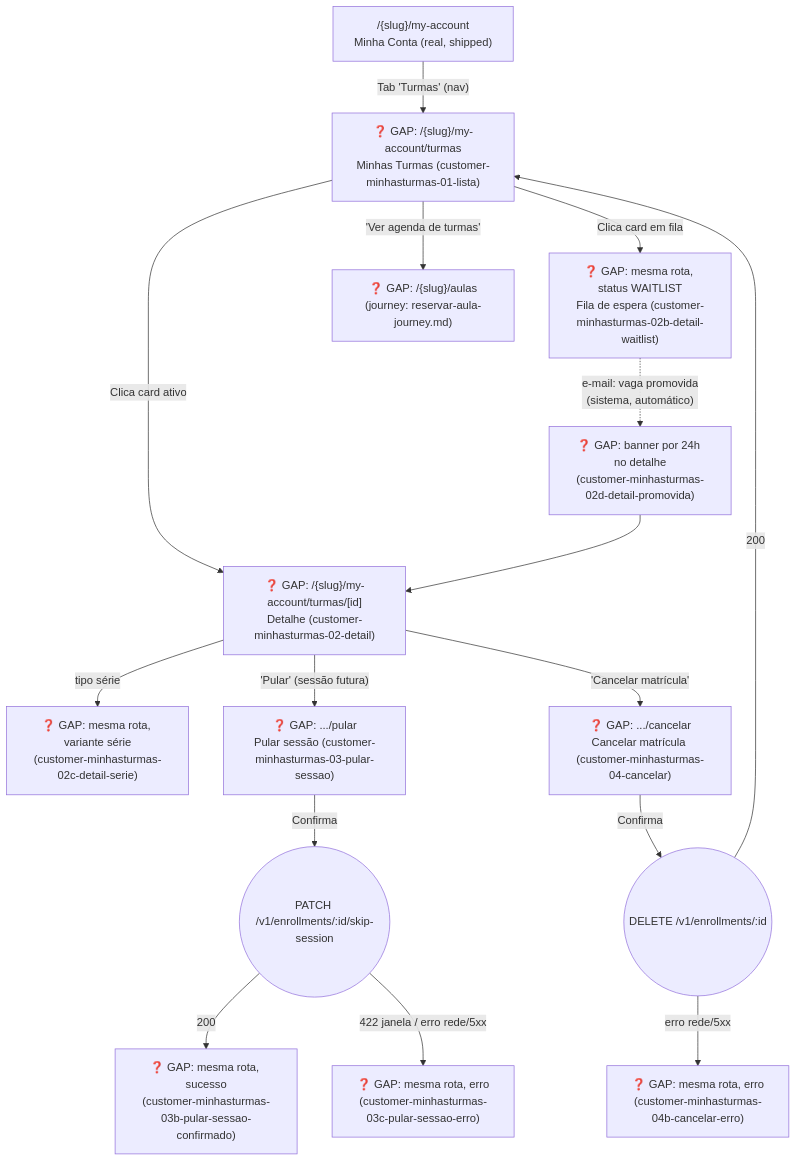
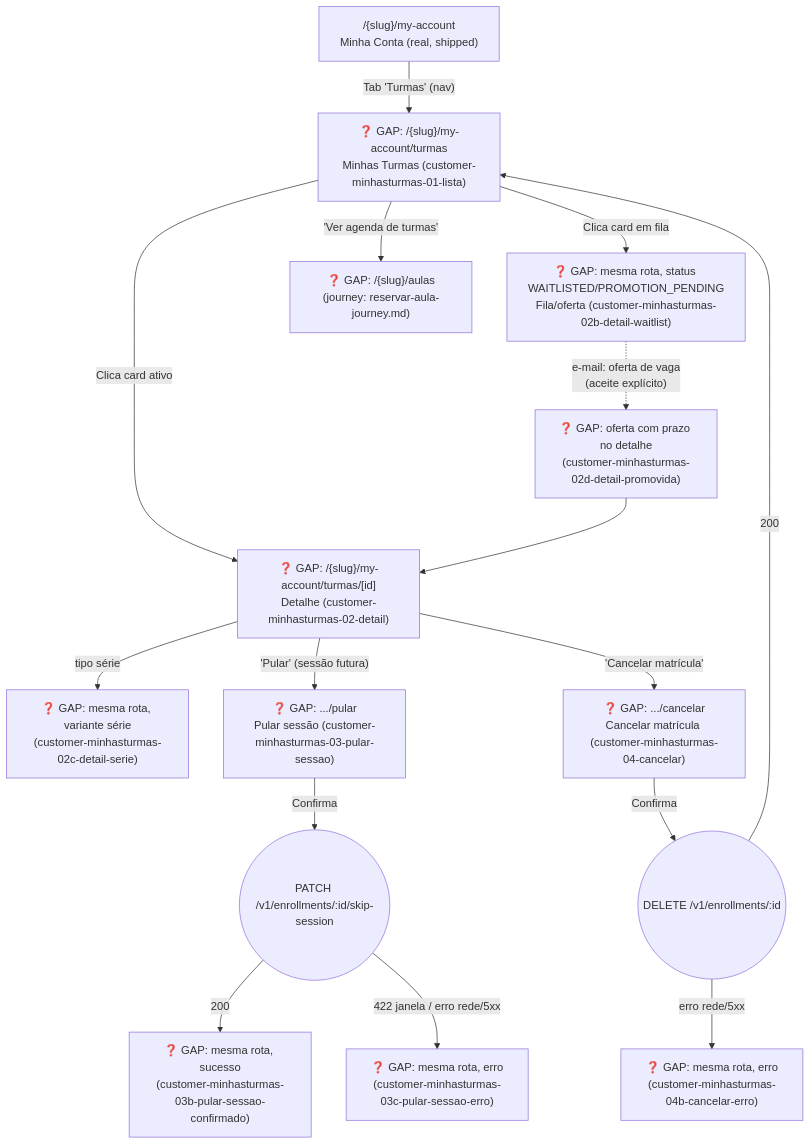
Before and after one commit to lmmoreira/ikaro: the diagram in docs/discovery/multivertical-booking/prototype/minha-conta-turmas-journey.md, drawn with Mermaid. The commit also changed other lines of this file and 18 other files, not shown here.

````diff
--- a/docs/discovery/multivertical-booking/prototype/minha-conta-turmas-journey.md
+++ b/docs/discovery/multivertical-booking/prototype/minha-conta-turmas-journey.md
@@ -11,24 +11,24 @@
 ```mermaid
 flowchart TD
     classDef gap stroke:#f00,stroke-dasharray: 5 5,fill:#fee
 
     MinhaConta["/{slug}/my-account<br/>Minha Conta (real, shipped)"] -->|"Tab 'Turmas' (nav)"| MinhasTurmas["❓ GAP: /{slug}/my-account/turmas<br/>Minhas Turmas (customer-minhasturmas-01-lista)"]
     MinhasTurmas -->|"Clica card ativo"| TurmaDetail
-    MinhasTurmas -->|"Clica card em fila"| TurmaWaitlist["❓ GAP: mesma rota, status WAITLIST<br/>Fila de espera (customer-minhasturmas-02b-detail-waitlist)"]
+    MinhasTurmas -->|"Clica card em fila"| TurmaWaitlist["❓ GAP: mesma rota, status WAITLISTED/PROMOTION_PENDING<br/>Fila/oferta (customer-minhasturmas-02b-detail-waitlist)"]
     MinhasTurmas -->|"'Ver agenda de turmas'"| Catalog["❓ GAP: /{slug}/aulas<br/>(journey: reservar-aula-journey.md)"]
 
     TurmaDetail["❓ GAP: /{slug}/my-account/turmas/[id]<br/>Detalhe (customer-minhasturmas-02-detail)"] -->|"tipo série"| TurmaSerieDetail["❓ GAP: mesma rota, variante série<br/>(customer-minhasturmas-02c-detail-serie)"]
     TurmaDetail -->|"'Pular' (sessão futura)"| PularSessao
     TurmaDetail -->|"'Cancelar matrícula'"| CancelarMatricula
 
-    TurmaWaitlist -.->|"e-mail: vaga promovida<br/>(sistema, automático)"| Promovida["❓ GAP: banner por 24h no detalhe<br/>(customer-minhasturmas-02d-detail-promovida)"]
+    TurmaWaitlist -.->|"e-mail: oferta de vaga<br/>(aceite explícito)"| Promovida["❓ GAP: oferta com prazo no detalhe<br/>(customer-minhasturmas-02d-detail-promovida)"]
     Promovida --> TurmaDetail
 
     PularSessao["❓ GAP: .../pular<br/>Pular sessão (customer-minhasturmas-03-pular-sessao)"] -->|"Confirma"| PularOk(("PATCH /v1/enrollments/:id/skip-session"))
     PularOk -->|"200"| PularConfirmado["❓ GAP: mesma rota, sucesso<br/>(customer-minhasturmas-03b-pular-sessao-confirmado)"]
     PularOk -->|"422 janela / erro rede/5xx"| PularErro["❓ GAP: mesma rota, erro<br/>(customer-minhasturmas-03c-pular-sessao-erro)"]
 
     CancelarMatricula["❓ GAP: .../cancelar<br/>Cancelar matrícula (customer-minhasturmas-04-cancelar)"] -->|"Confirma"| CancelMatriculaCall(("DELETE /v1/enrollments/:id"))
     CancelMatriculaCall -->|"200"| MinhasTurmas
     CancelMatriculaCall -->|"erro rede/5xx"| CancelMatriculaErro["❓ GAP: mesma rota, erro<br/>(customer-minhasturmas-04b-cancelar-erro)"]
 ```
````
